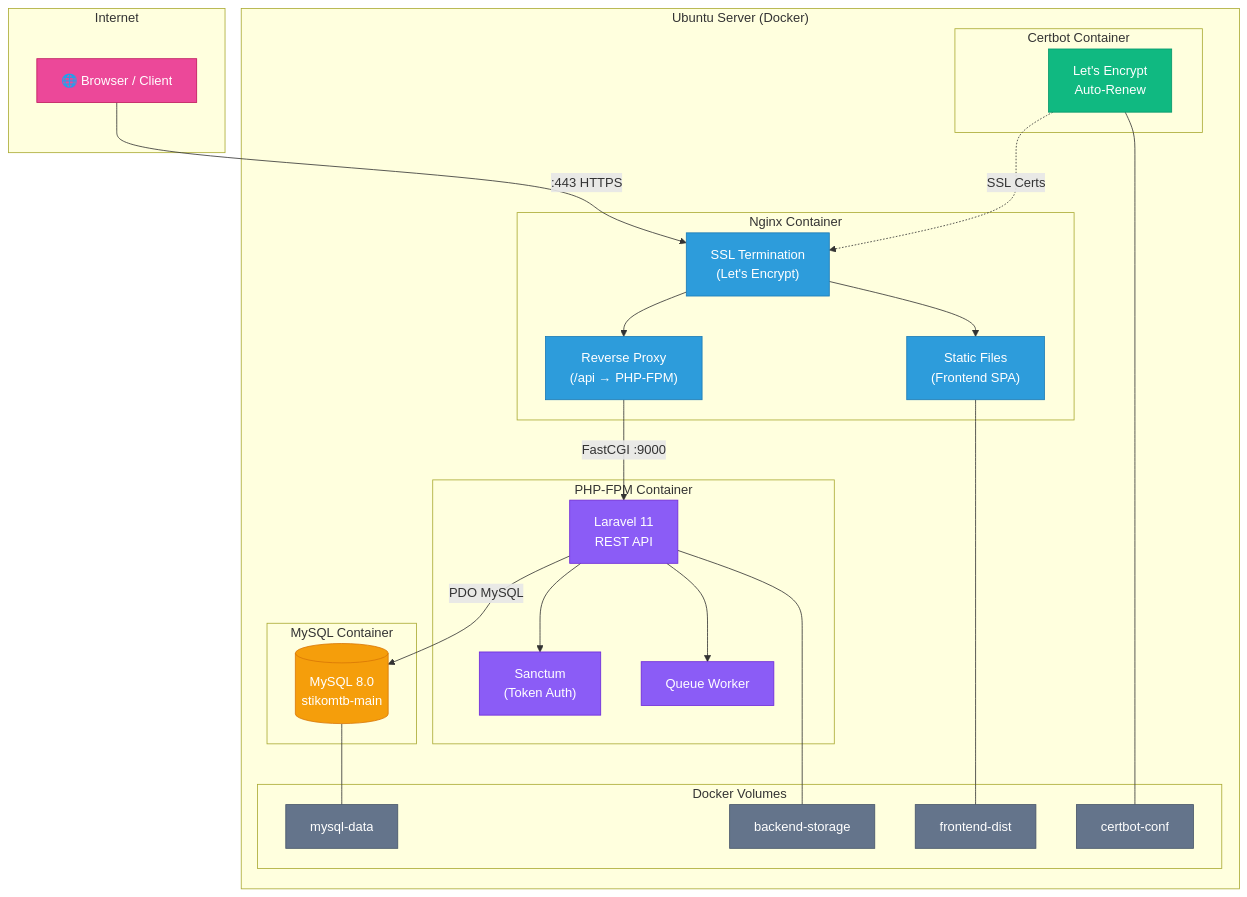
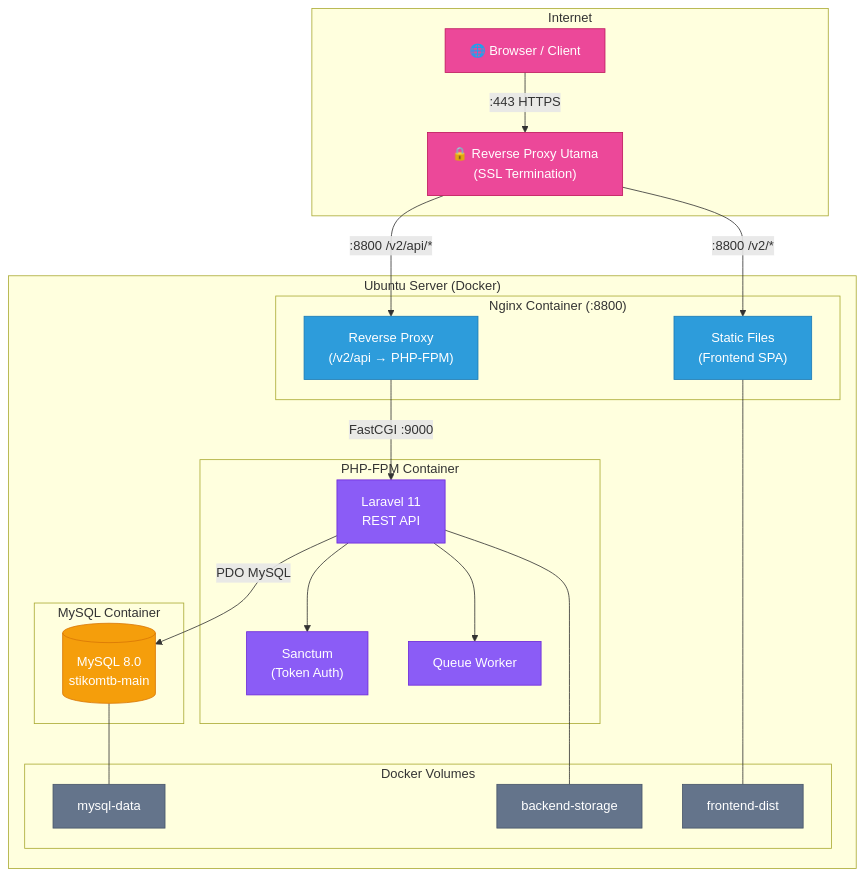
The first of 2 diagrams in docs/arsitektur.md (chalik1pj/output-prompt), drawn with Mermaid before and after one commit. The commit also changed other lines of this file and 11 other files, not shown here.

````diff
--- a/docs/arsitektur.md
+++ b/docs/arsitektur.md
@@ -15,62 +15,54 @@
 ```mermaid
 graph TB
     subgraph Internet
         USER["🌐 Browser / Client"]
+        EXT_PROXY["🔒 Reverse Proxy Utama<br/>(SSL Termination)"]
     end
 
     subgraph Server["Ubuntu Server (Docker)"]
-        subgraph NGINX["Nginx Container"]
+        subgraph NGINX["Nginx Container (:8800)"]
             N_STATIC["Static Files<br/>(Frontend SPA)"]
-            N_PROXY["Reverse Proxy<br/>(/api → PHP-FPM)"]
-            N_SSL["SSL Termination<br/>(Let's Encrypt)"]
+            N_PROXY["Reverse Proxy<br/>(/v2/api → PHP-FPM)"]
         end
 
         subgraph APP["PHP-FPM Container"]
             LARAVEL["Laravel 11<br/>REST API"]
             SANCTUM["Sanctum<br/>(Token Auth)"]
             QUEUE["Queue Worker"]
         end
 
         subgraph DB["MySQL Container"]
             MYSQL[("MySQL 8.0<br/>stikomtb-main")]
         end
 
-        subgraph CERT["Certbot Container"]
-            CERTBOT["Let's Encrypt<br/>Auto-Renew"]
-        end
-
         subgraph VOL["Docker Volumes"]
             V1["mysql-data"]
             V2["backend-storage"]
             V3["frontend-dist"]
-            V4["certbot-conf"]
         end
     end
 
-    USER -->|":443 HTTPS"| N_SSL
-    N_SSL --> N_STATIC
-    N_SSL --> N_PROXY
+    USER -->|":443 HTTPS"| EXT_PROXY
+    EXT_PROXY -->|":8800 /v2/*"| N_STATIC
+    EXT_PROXY -->|":8800 /v2/api/*"| N_PROXY
     N_PROXY -->|"FastCGI :9000"| LARAVEL
     LARAVEL --> SANCTUM
     LARAVEL -->|"PDO MySQL"| MYSQL
     LARAVEL --> QUEUE
-    CERTBOT -.->|"SSL Certs"| N_SSL
     MYSQL --- V1
     LARAVEL --- V2
     N_STATIC --- V3
-    CERTBOT --- V4
 
+    classDef proxy fill:#ec4899,stroke:#be185d,color:#fff
     classDef nginx fill:#2d9cdb,stroke:#1a7ab5,color:#fff
     classDef php fill:#8b5cf6,stroke:#6d28d9,color:#fff
     classDef db fill:#f59e0b,stroke:#d97706,color:#fff
-    classDef cert fill:#10b981,stroke:#059669,color:#fff
     classDef vol fill:#64748b,stroke:#475569,color:#fff
     classDef user fill:#ec4899,stroke:#be185d,color:#fff
 
-    class N_STATIC,N_PROXY,N_SSL nginx
+    class N_STATIC,N_PROXY nginx
     class LARAVEL,SANCTUM,QUEUE php
     class MYSQL db
-    class CERTBOT cert
-    class V1,V2,V3,V4 vol
-    class USER user
+    class V1,V2,V3 vol
+    class USER,EXT_PROXY proxy
 ```
````
